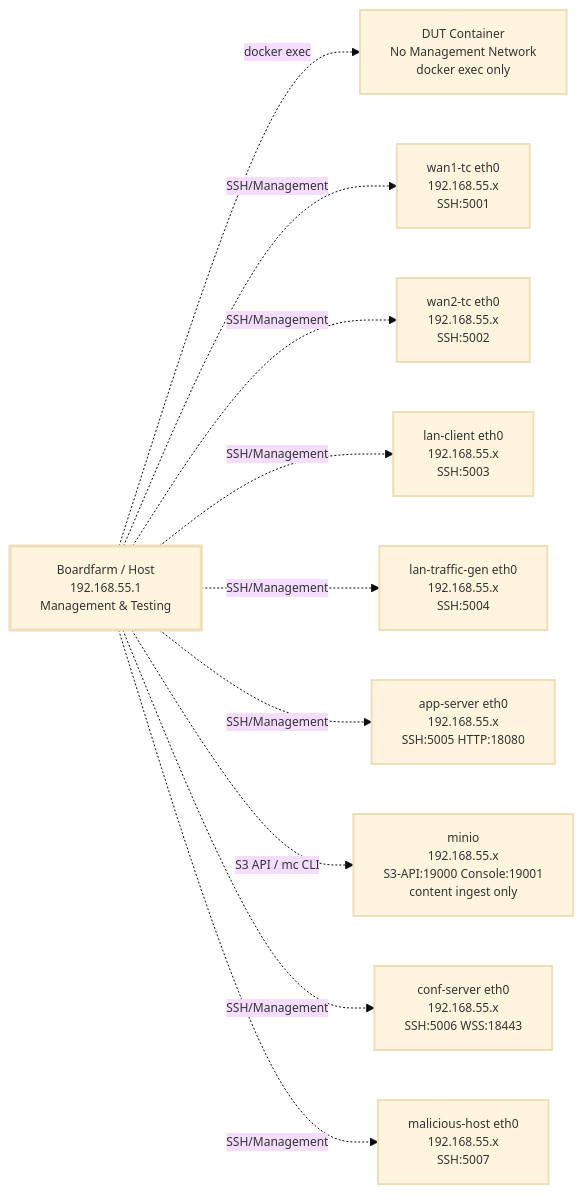
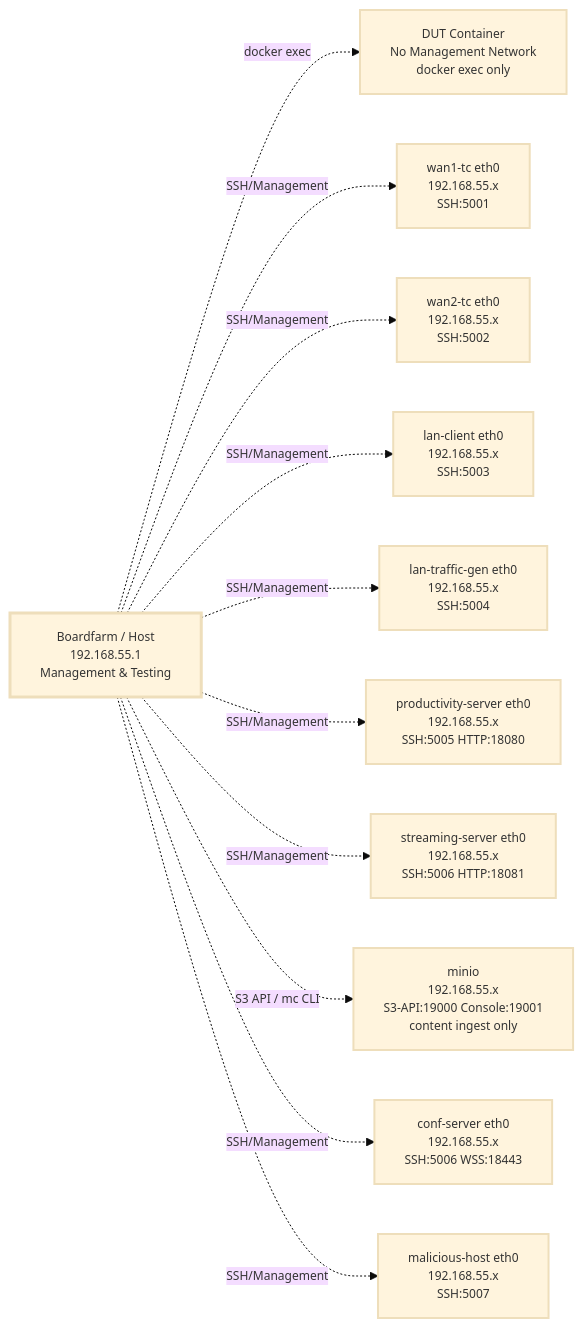
One commit to alottabits/boardfarm-bdd changed the first of 2 diagrams in docs/SDWAN_Testbed_Configuration.md. Above: the diagram before and after it, drawn with Mermaid. The commit also changed other lines of this file and 3 other files, not shown here.

````diff
--- a/docs/SDWAN_Testbed_Configuration.md
+++ b/docs/SDWAN_Testbed_Configuration.md
@@ -58,30 +83,32 @@
 ```mermaid
 %%{init: {'theme': 'base', 'themeVariables': { 'fontSize': '12px', 'fontFamily': 'arial' }}}%%
 flowchart LR
     MGMT[Boardfarm / Host<br/>192.168.55.1<br/>Management & Testing]
 
     DUT_MGMT[DUT Container<br/>No Management Network<br/>docker exec only]
     TC1_MGMT[wan1-tc eth0<br/>192.168.55.x<br/>SSH:5001]
     TC2_MGMT[wan2-tc eth0<br/>192.168.55.x<br/>SSH:5002]
     LAN_MGMT[lan-client eth0<br/>192.168.55.x<br/>SSH:5003]
     GEN_MGMT[lan-traffic-gen eth0<br/>192.168.55.x<br/>SSH:5004]
-    APP_MGMT[app-server eth0<br/>192.168.55.x<br/>SSH:5005 HTTP:18080]
+    PROD_MGMT[productivity-server eth0<br/>192.168.55.x<br/>SSH:5005 HTTP:18080]
+    STREAM_MGMT[streaming-server eth0<br/>192.168.55.x<br/>SSH:5006 HTTP:18081]
     MINIO_MGMT[minio<br/>192.168.55.x<br/>S3-API:19000 Console:19001<br/>content ingest only]
     CONF_MGMT[conf-server eth0<br/>192.168.55.x<br/>SSH:5006 WSS:18443]
     MAL_MGMT[malicious-host eth0<br/>192.168.55.x<br/>SSH:5007]
 
     MGMT -.->|docker exec| DUT_MGMT
     MGMT -.->|SSH/Management| TC1_MGMT
     MGMT -.->|SSH/Management| TC2_MGMT
     MGMT -.->|SSH/Management| LAN_MGMT
     MGMT -.->|SSH/Management| GEN_MGMT
-    MGMT -.->|SSH/Management| APP_MGMT
+    MGMT -.->|SSH/Management| PROD_MGMT
+    MGMT -.->|SSH/Management| STREAM_MGMT
     MGMT -.->|S3 API / mc CLI| MINIO_MGMT
     MGMT -.->|SSH/Management| CONF_MGMT
     MGMT -.->|SSH/Management| MAL_MGMT
 
     classDef mgmt stroke-width:3px
     classDef container stroke-width:2px
     class MGMT mgmt
-    class DUT_MGMT,TC1_MGMT,TC2_MGMT,LAN_MGMT,GEN_MGMT,APP_MGMT,MINIO_MGMT,CONF_MGMT,MAL_MGMT container
+    class DUT_MGMT,TC1_MGMT,TC2_MGMT,LAN_MGMT,GEN_MGMT,PROD_MGMT,STREAM_MGMT,MINIO_MGMT,CONF_MGMT,MAL_MGMT container
 ```
````
